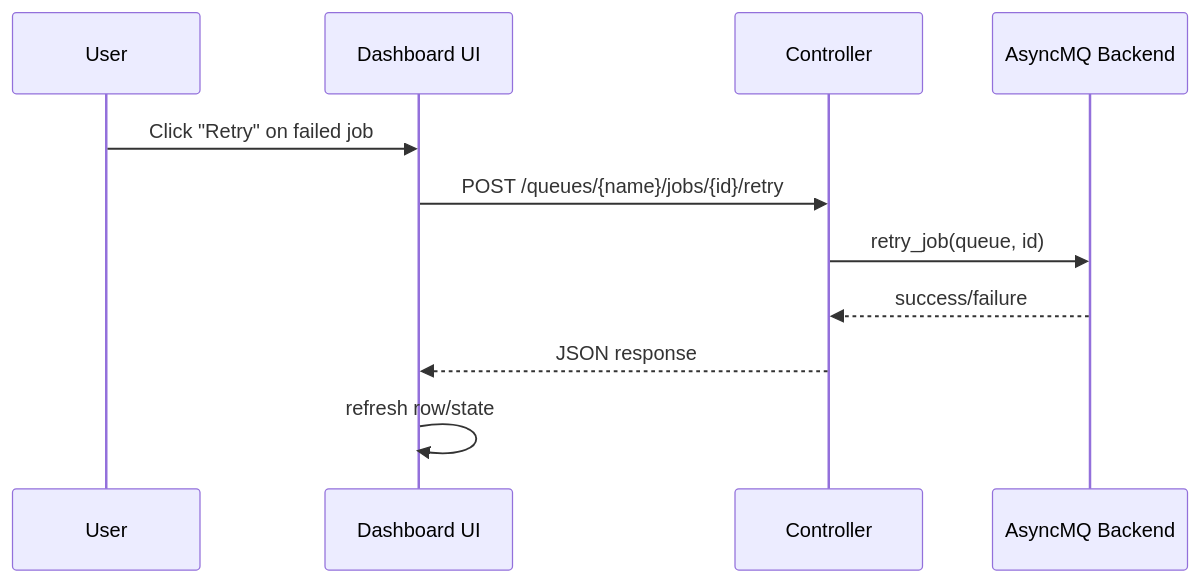
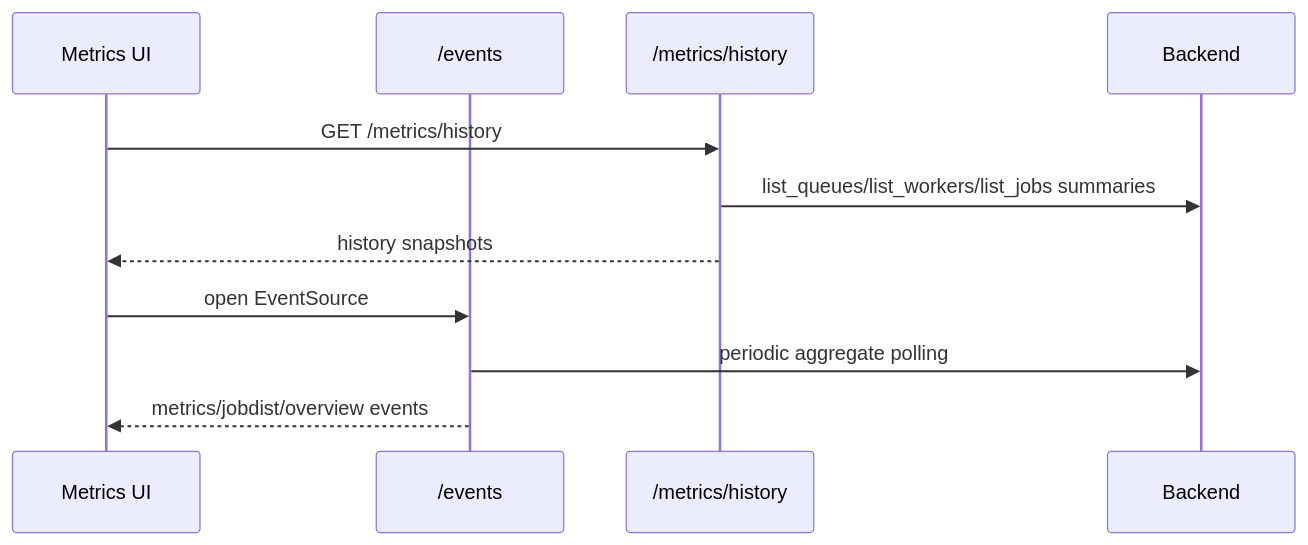
One commit to dymmond/asyncmq changed the third of 3 diagrams in docs/en/docs/dashboard/dashboard.md. Above: the diagram before and after it, drawn with Mermaid. The commit also changed other lines of this file and 30 other files, not shown here.

````diff
--- a/docs/en/docs/dashboard/dashboard.md
+++ b/docs/en/docs/dashboard/dashboard.md
@@ -148,14 +164,15 @@
 ```mermaid
 sequenceDiagram
-    participant U as User
-    participant D as Dashboard UI
-    participant C as Controller
-    participant B as AsyncMQ Backend
+    participant UI as Metrics UI
+    participant SSE as /events
+    participant API as /metrics/history
+    participant BE as Backend
 
-    U->>D: Click "Retry" on failed job
-    D->>C: POST /queues/{name}/jobs/{id}/retry
-    C->>B: retry_job(queue, id)
-    B-->>C: success/failure
-    C-->>D: JSON response
-    D->>D: refresh row/state
+    UI->>API: GET /metrics/history
+    API->>BE: list_queues/list_workers/list_jobs summaries
+    API-->>UI: history snapshots
+
+    UI->>SSE: open EventSource
+    SSE->>BE: periodic aggregate polling
+    SSE-->>UI: metrics/jobdist/overview events
 ```
````
